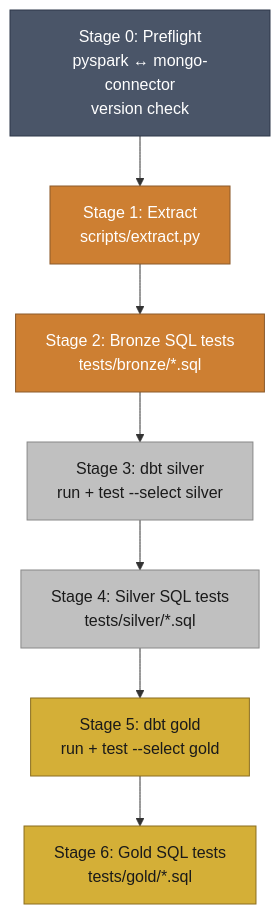
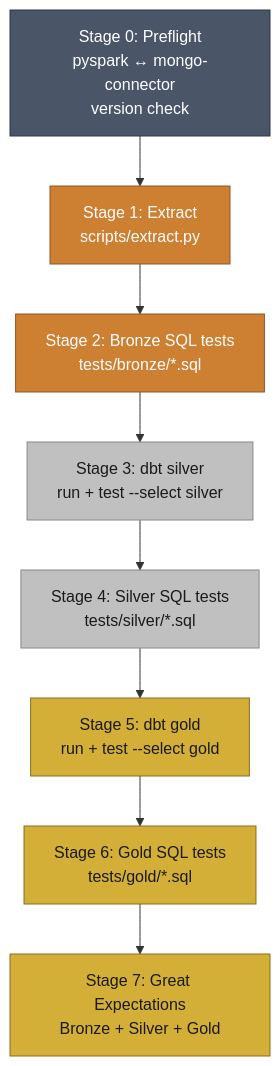
Before and after one commit to Nitinx12/Walmart_DBT: the second of 3 diagrams in docs/pipeline.md, drawn with Mermaid. The commit also changed other lines of this file and 32 other files, not shown here.

````diff
--- a/docs/pipeline.md
+++ b/docs/pipeline.md
@@ -92,17 +85,18 @@
 ```mermaid
 flowchart TD
     classDef pre fill:#4a5568,color:#fff,stroke:#2d3748
     classDef bronze fill:#CD7F32,color:#fff,stroke:#8b5a2b
     classDef silver fill:#C0C0C0,color:#1a1a1a,stroke:#888888
     classDef gold fill:#D4AF37,color:#1a1a1a,stroke:#8a6d1f
 
     S0["Stage 0: Preflight<br/>pyspark ↔ mongo-connector<br/>version check"]:::pre
     S1["Stage 1: Extract<br/>scripts/extract.py"]:::bronze
     S2["Stage 2: Bronze SQL tests<br/>tests/bronze/*.sql"]:::bronze
     S3["Stage 3: dbt silver<br/>run + test --select silver"]:::silver
     S4["Stage 4: Silver SQL tests<br/>tests/silver/*.sql"]:::silver
     S5["Stage 5: dbt gold<br/>run + test --select gold"]:::gold
     S6["Stage 6: Gold SQL tests<br/>tests/gold/*.sql"]:::gold
+    S7["Stage 7: Great Expectations<br/>Bronze + Silver + Gold"]:::gold
 
-    S0 --> S1 --> S2 --> S3 --> S4 --> S5 --> S6
+    S0 --> S1 --> S2 --> S3 --> S4 --> S5 --> S6 --> S7
 ```
````
